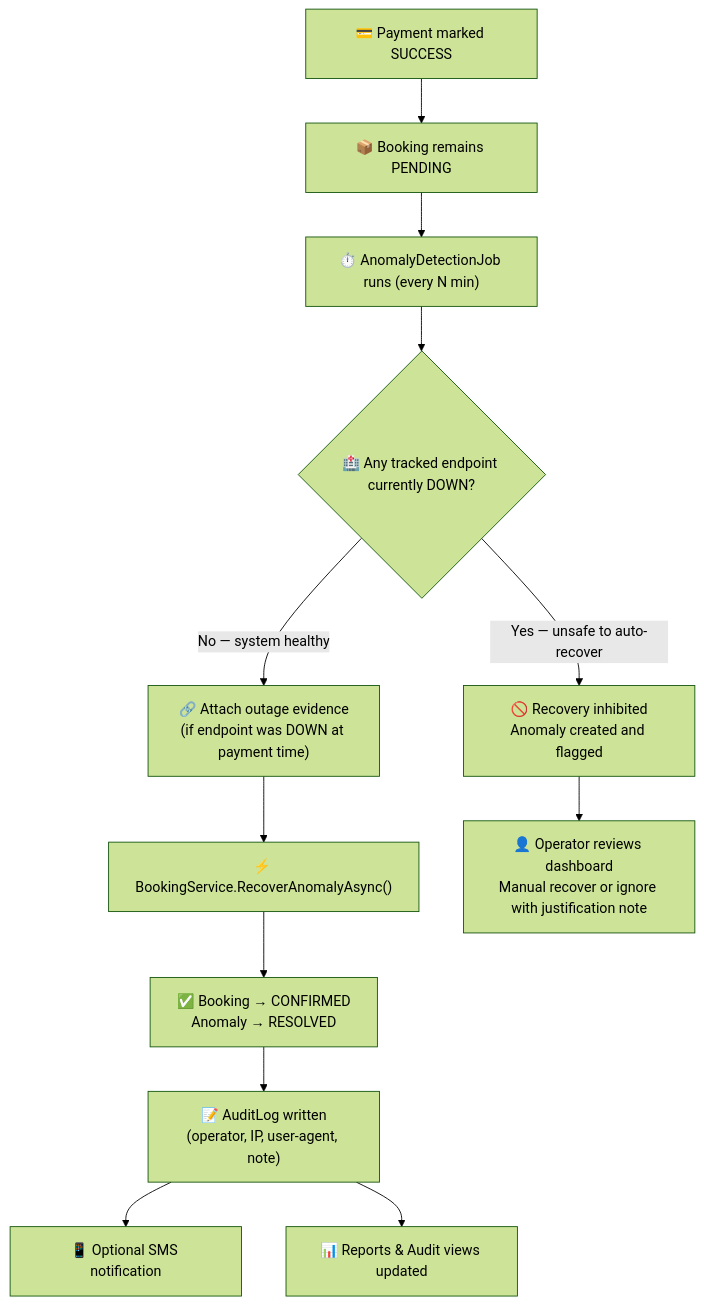
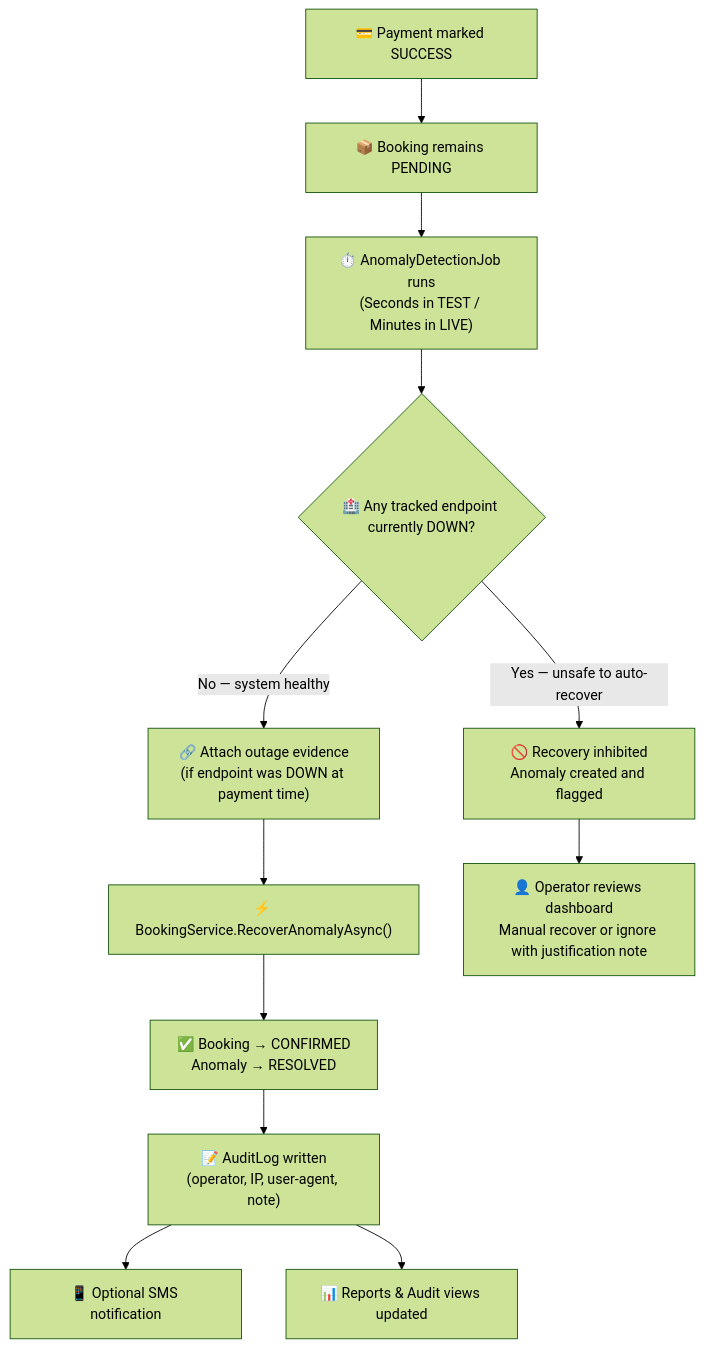
One commit to MethasMP/TicketGuard changed the first of 2 diagrams in README.md. Above: the diagram before and after it, drawn with Mermaid (forest theme). The commit also changed other lines of this file and 41 other files, not shown here.

Commit message:
Implement initial database schema, add customer email and endpoint health details, introduce system simulator, heartbeat, email notifications, and update various UI components and background jobs.

````diff
--- a/README.md
+++ b/README.md
@@ -72,17 +80,17 @@
 ```mermaid
 flowchart TD
     A["💳 Payment marked SUCCESS"] --> B["📦 Booking remains PENDING"]
-    B --> C["⏱️ AnomalyDetectionJob runs (every N min)"]
+    B --> C["⏱️ AnomalyDetectionJob runs\n(Seconds in TEST / Minutes in LIVE)"]
     C --> D{"🏥 Any tracked endpoint currently DOWN?"}
 
     D -->|"Yes — unsafe to auto-recover"| E["🚫 Recovery inhibited\nAnomaly created and flagged"]
     D -->|"No — system healthy"| F["🔗 Attach outage evidence\n(if endpoint was DOWN at payment time)"]
 
     F --> G["⚡ BookingService.RecoverAnomalyAsync()"]
     G --> H["✅ Booking → CONFIRMED\nAnomaly → RESOLVED"]
     H --> I["📝 AuditLog written\n(operator, IP, user-agent, note)"]
     I --> J["📱 Optional SMS notification"]
     I --> K["📊 Reports & Audit views updated"]
 
     E --> L["👤 Operator reviews dashboard\nManual recover or ignore with justification note"]
 ```
````
